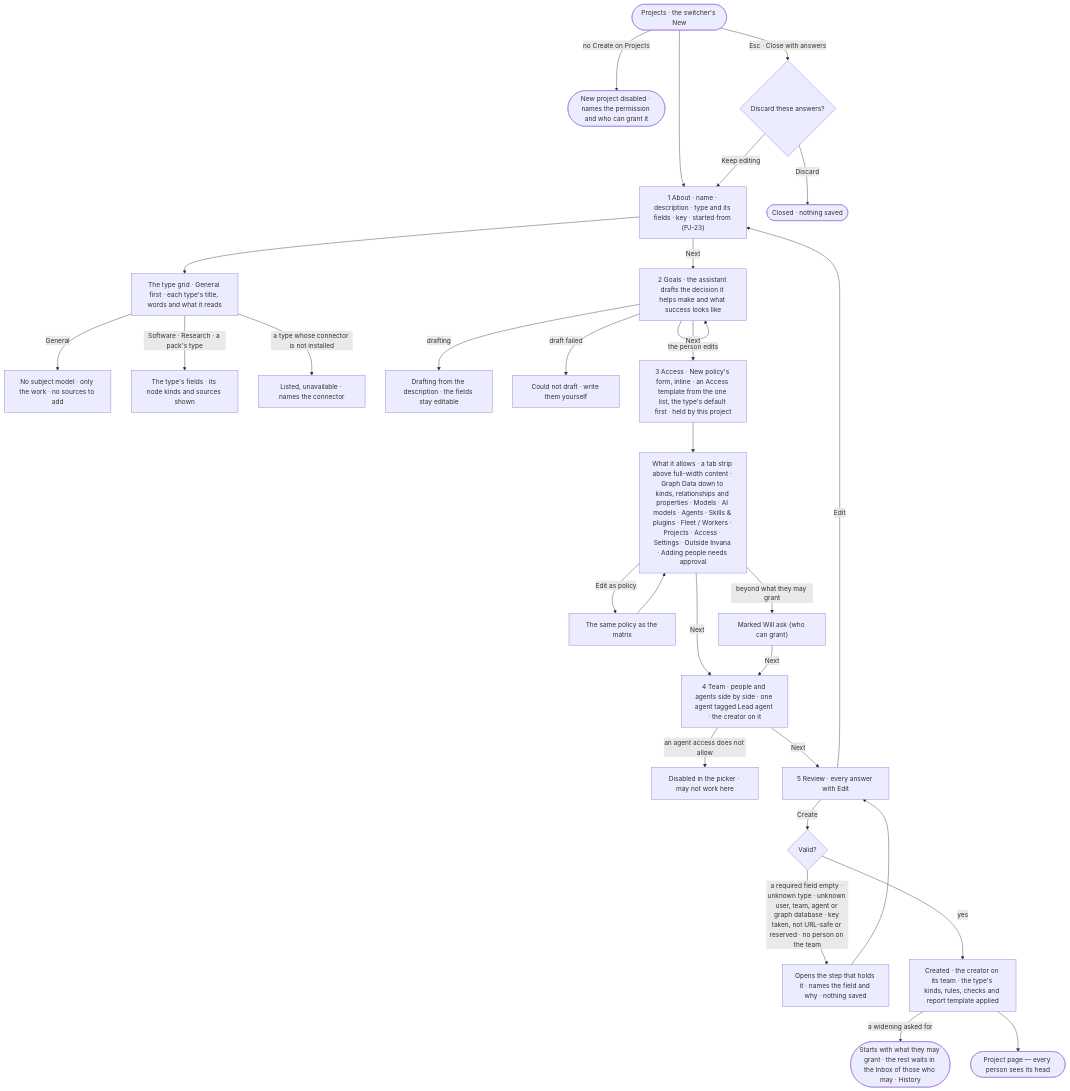
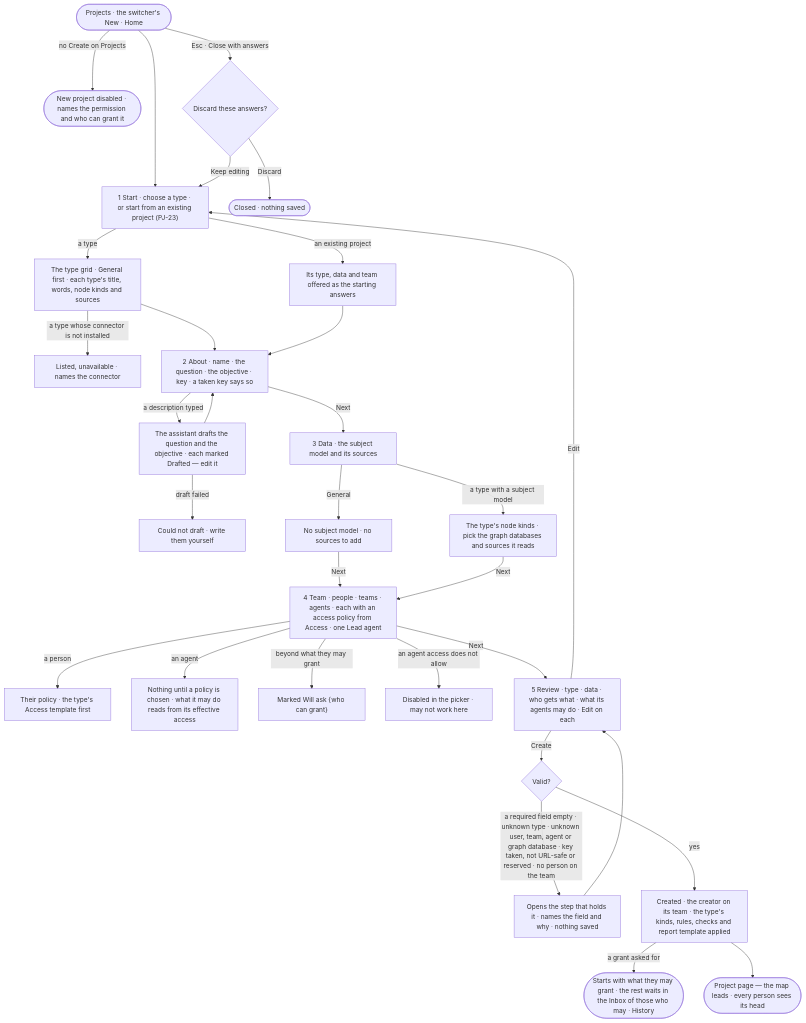
One commit to invana/invana changed the diagram in specs/capabilities/projects/features/PJ-F01-projects-and-tasks/stories/PJ-02-start-a-project-of-its-type/story.md. Above: the diagram before and after it, drawn with Mermaid. The commit also changed other lines of this file and 6 other files, not shown here.

Commit message:
wip(platform-design-2): P04 · step 2 — create-project in five steps, connect mode, map-led page, inquiry tree, team access

````diff
--- a/specs/capabilities/projects/features/PJ-F01-projects-and-tasks/stories/PJ-02-start-a-project-of-its-type/story.md
+++ b/specs/capabilities/projects/features/PJ-F01-projects-and-tasks/stories/PJ-02-start-a-project-of-its-type/story.md
@@ -31,30 +32,32 @@
 ```mermaid
 flowchart TD
-  s([Projects · the switcher's New]) -->|no Create on Projects| off(["New project disabled · names the permission and who can grant it"])
-  s --> a["1 About · name · description · type and its fields · key · started from (PJ-23)"]
-  a --> tg["The type grid · General first · each type's title, words and what it reads"]
-  tg -->|General| gn["No subject model · only the work · no sources to add"]
-  tg -->|Software · Research · a pack's type| tf["The type's fields · its node kinds and sources shown"]
+  s([Projects · the switcher's New · Home]) -->|no Create on Projects| off(["New project disabled · names the permission and who can grant it"])
+  s --> st["1 Start · choose a type · or start from an existing project (PJ-23)"]
+  st -->|a type| tg["The type grid · General first · each type's title, words, node kinds and sources"]
+  st -->|an existing project| ex["Its type, data and team offered as the starting answers"]
   tg -->|a type whose connector is not installed| tu["Listed, unavailable · names the connector"]
-  a -->|Next| g["2 Goals · the assistant drafts the decision it helps make and what success looks like"]
-  g -->|drafting| gl["Drafting from the description · the fields stay editable"]
-  g -->|draft failed| gf["Could not draft · write them yourself"]
-  g -->|the person edits| g
-  g -->|Next| d["3 Access · New policy's form, inline · an Access template from the one list, the type's default first · held by this project"]
-  d --> form["What it allows · a tab strip above full-width content · Graph Data down to kinds, relationships and properties · Models · AI models · Agents · Skills & plugins · Fleet / Workers · Projects · Access · Settings · Outside Invana · Adding people needs approval"]
-  form -->|Edit as policy| mx["The same policy as the matrix"] --> form
-  form -->|beyond what they may grant| askn["Marked Will ask {who can grant}"]
-  form -->|Next| t["4 Team · people and agents side by side · one agent tagged Lead agent · the creator on it"]
-  askn -->|Next| t
+  tg --> ab
+  ex --> ab["2 About · name · the question · the objective · key · a taken key says so"]
+  ab -->|a description typed| dr["The assistant drafts the question and the objective · each marked Drafted — edit it"]
+  dr -->|draft failed| df["Could not draft · write them yourself"]
+  dr --> ab
+  ab -->|Next| d["3 Data · the subject model and its sources"]
+  d -->|General| gn["No subject model · no sources to add"]
+  d -->|a type with a subject model| sm["The type's node kinds · pick the graph databases and sources it reads"]
+  gn -->|Next| t
+  sm -->|Next| t["4 Team · people · teams · agents · each with an access policy from Access · one Lead agent"]
+  t -->|a person| pp["Their policy · the type's Access template first"]
+  t -->|an agent| ap["Nothing until a policy is chosen · what it may do reads from its effective access"]
+  t -->|beyond what they may grant| askn["Marked Will ask {who can grant}"]
   t -->|an agent access does not allow| na["Disabled in the picker · may not work here"]
-  t -->|Next| r["5 Review · every answer with Edit"]
-  r -->|Edit| a
+  t -->|Next| r["5 Review · type · data · who gets what · what its agents may do · Edit on each"]
+  r -->|Edit| st
   r -->|Create| v{"Valid?"}
   v -->|a required field empty · unknown type · unknown user, team, agent or graph database · key taken, not URL-safe or reserved · no person on the team| ref["Opens the step that holds it · names the field and why · nothing saved"] --> r
   v -->|yes| c["Created · the creator on its team · the type's kinds, rules, checks and report template applied"]
-  c -->|a widening asked for| pend(["Starts with what they may grant · the rest waits in the Inbox of those who may · History"])
-  c --> pg(["Project page — every person sees its head"])
+  c -->|a grant asked for| pend(["Starts with what they may grant · the rest waits in the Inbox of those who may · History"])
+  c --> pg(["Project page — the map leads · every person sees its head"])
   s -->|Esc · Close with answers| x{"Discard these answers?"}
-  x -->|Keep editing| a
+  x -->|Keep editing| st
   x -->|Discard| out(["Closed · nothing saved"])
 ```
````
